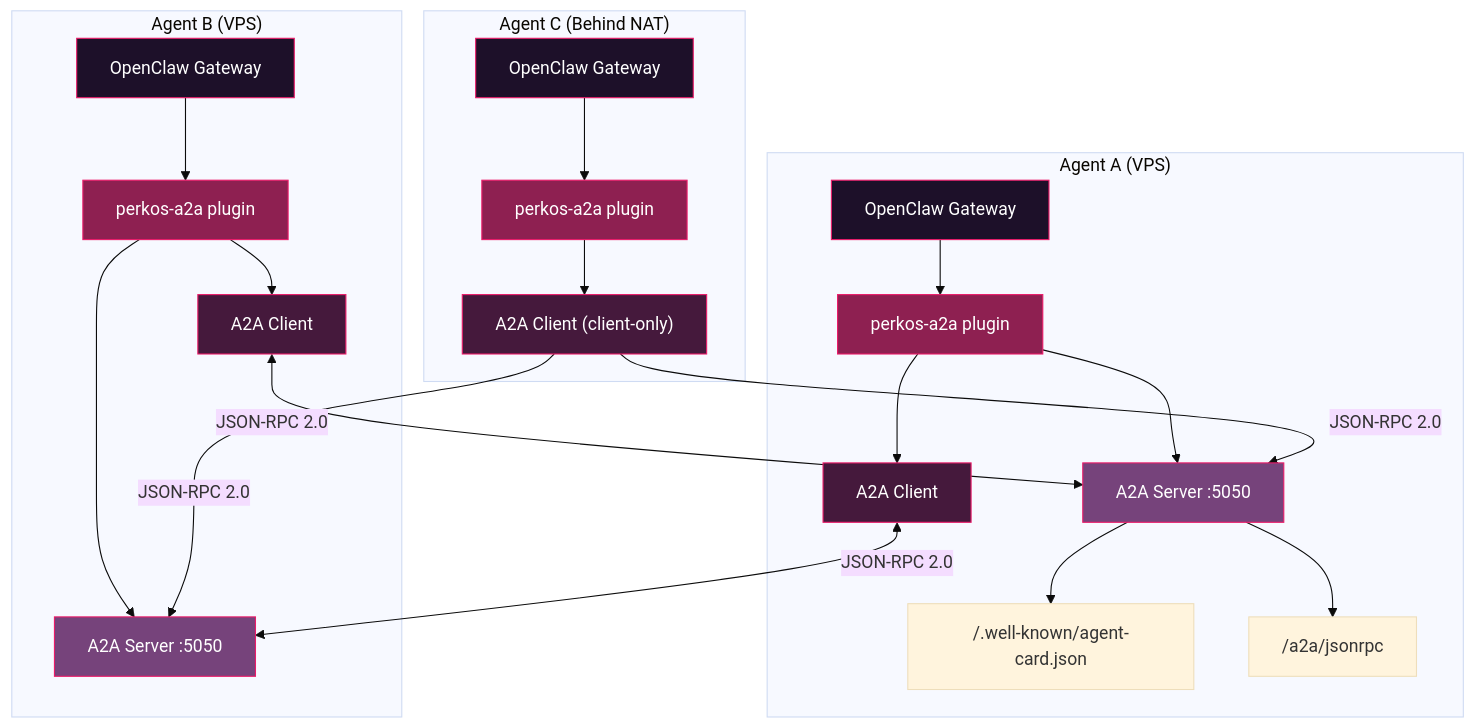
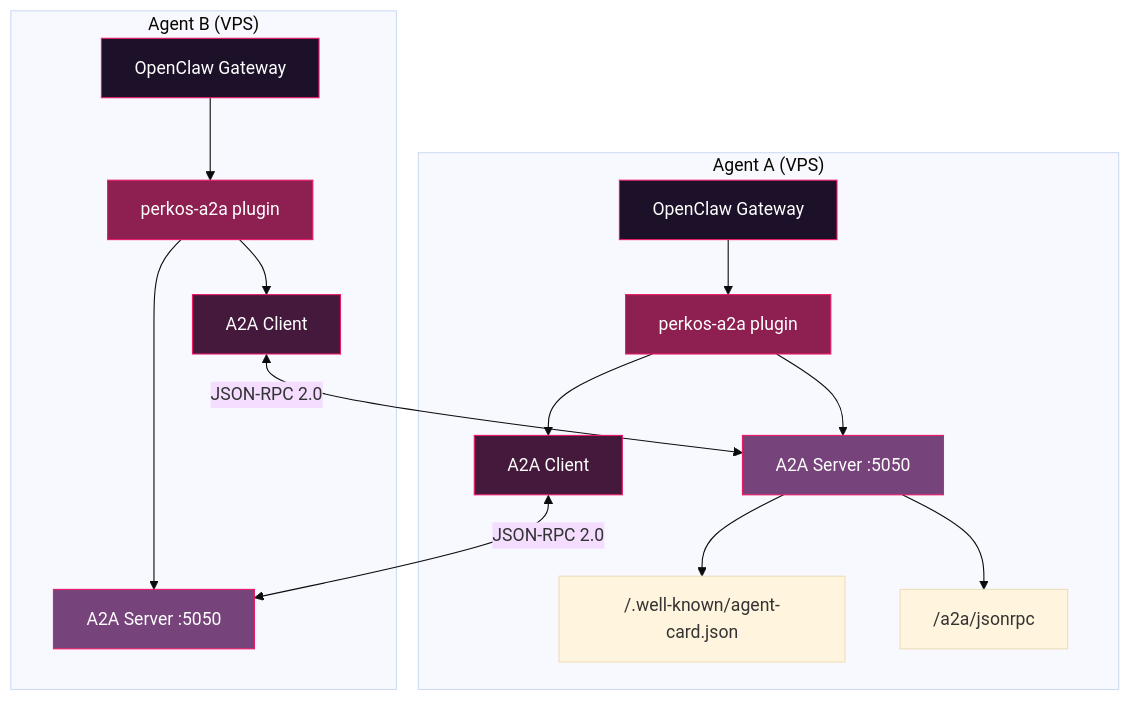
The second of 3 diagrams in README.md (PerkOS-xyz/PerkOS-A2A), drawn with Mermaid (base theme) before and after one commit. The commit also changed other lines of this file and 9 other files, not shown here.

````diff
--- a/README.md
+++ b/README.md
@@ -41,38 +102,28 @@
 ```mermaid
 graph TB
     subgraph "Agent A (VPS)"
         OC_A[OpenClaw Gateway] --> P_A[perkos-a2a plugin]
         P_A --> S_A[A2A Server :5050]
         P_A --> C_A[A2A Client]
         S_A --> AC_A["/.well-known/agent-card.json"]
         S_A --> RPC_A["/a2a/jsonrpc"]
     end
 
     subgraph "Agent B (VPS)"
         OC_B[OpenClaw Gateway] --> P_B[perkos-a2a plugin]
         P_B --> S_B[A2A Server :5050]
         P_B --> C_B[A2A Client]
     end
 
-    subgraph "Agent C (Behind NAT)"
-        OC_C[OpenClaw Gateway] --> P_C[perkos-a2a plugin]
-        P_C --> C_C["A2A Client (client-only)"]
-    end
-
     C_A <-->|JSON-RPC 2.0| S_B
     C_B <-->|JSON-RPC 2.0| S_A
-    C_C -->|JSON-RPC 2.0| S_A
-    C_C -->|JSON-RPC 2.0| S_B
 
     style OC_A fill:#1d1029,stroke:#eb1b69,color:#fff
     style OC_B fill:#1d1029,stroke:#eb1b69,color:#fff
-    style OC_C fill:#1d1029,stroke:#eb1b69,color:#fff
     style P_A fill:#8e2051,stroke:#eb1b69,color:#fff
     style P_B fill:#8e2051,stroke:#eb1b69,color:#fff
-    style P_C fill:#8e2051,stroke:#eb1b69,color:#fff
     style S_A fill:#76437b,stroke:#eb1b69,color:#fff
     style S_B fill:#76437b,stroke:#eb1b69,color:#fff
     style C_A fill:#45193c,stroke:#eb1b69,color:#fff
     style C_B fill:#45193c,stroke:#eb1b69,color:#fff
-    style C_C fill:#45193c,stroke:#eb1b69,color:#fff
 ```
````
